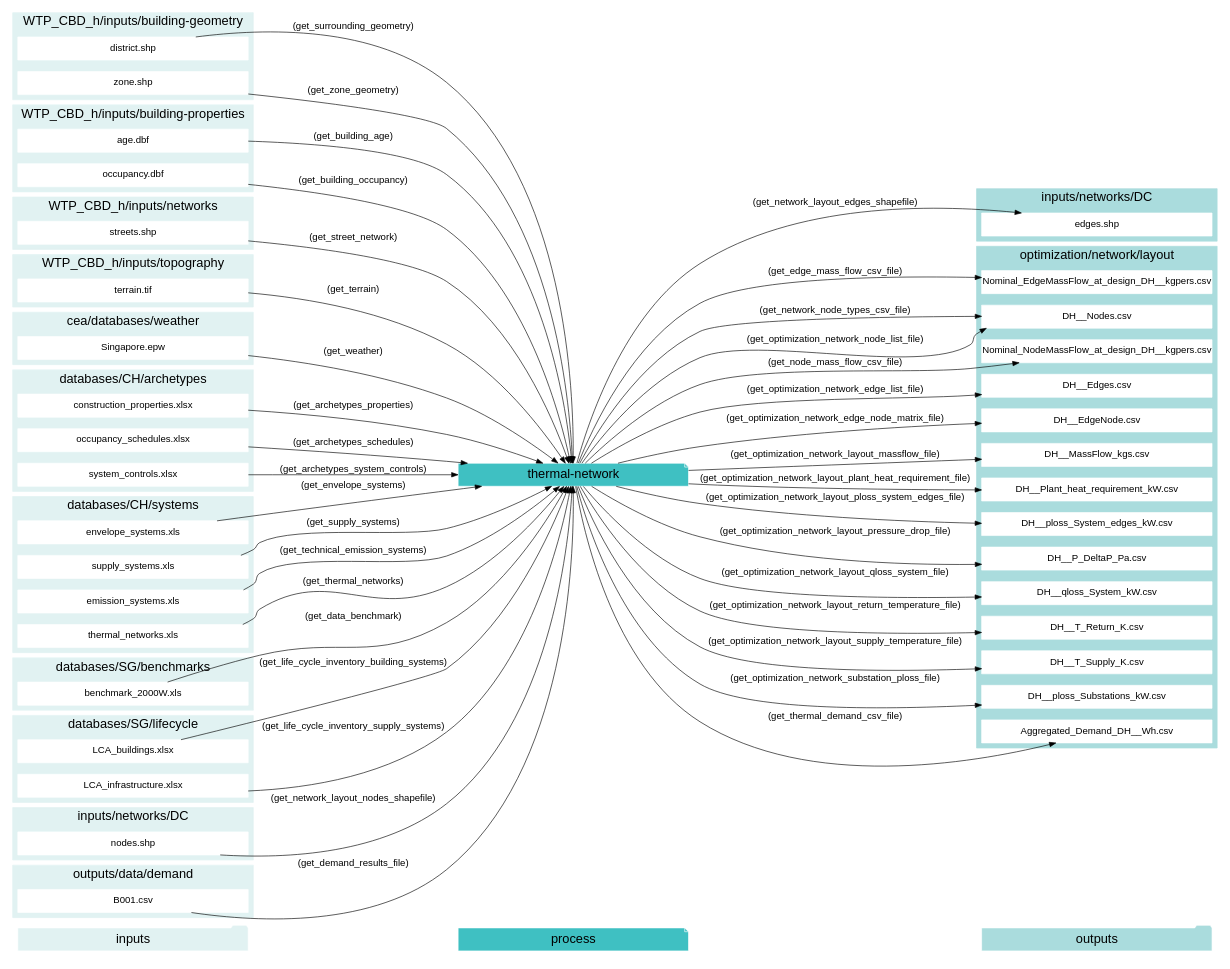
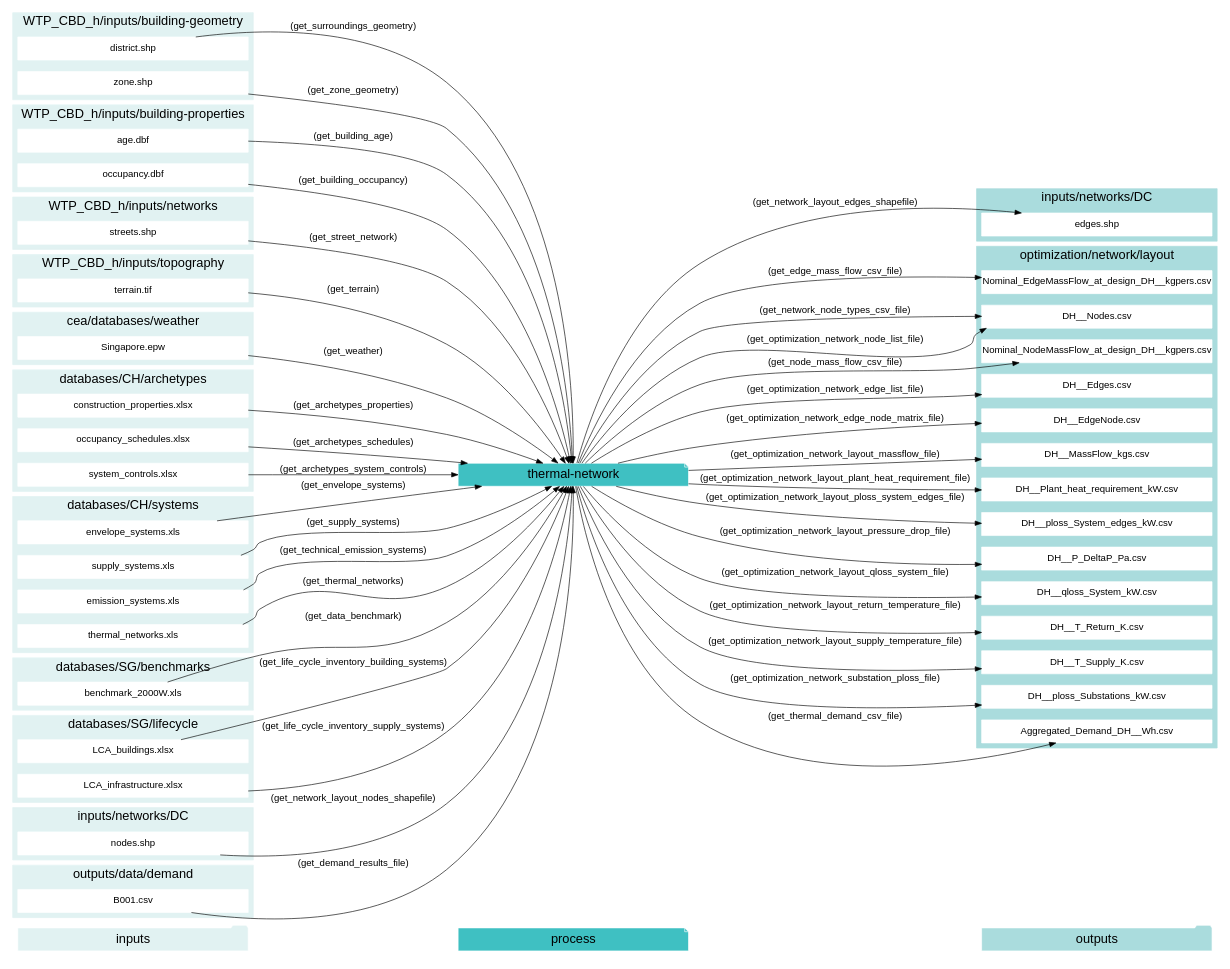
One commit to architecture-building-systems/CityEnergyAnalyst changed the seventh of 12 diagrams in docs/script-data-flow.rst. Above: the diagram before and after it, drawn with Graphviz. The commit also changed other lines of this file and 15 other files, not shown here.

Commit message:
rename get_surrounding_geometry to get_surroungs_geometry

```diff
--- a/docs/script-data-flow.rst
+++ b/docs/script-data-flow.rst
@@ -989,7 +989,7 @@
     "occupancy.dbf" -> "thermal-network"[label="(get_building_occupancy)"]
     "benchmark_2000W.xls" -> "thermal-network"[label="(get_data_benchmark)"]
     "B001.csv" -> "thermal-network"[label="(get_demand_results_file)"]
-    "district.shp" -> "thermal-network"[label="(get_surrounding_geometry)"]
+    "district.shp" -> "thermal-network"[label="(get_surroundings_geometry)"]
     "envelope_systems.xls" -> "thermal-network"[label="(get_envelope_systems)"]
     "LCA_buildings.xlsx" -> "thermal-network"[label="(get_life_cycle_inventory_building_systems)"]
     "LCA_infrastructure.xlsx" -> "thermal-network"[label="(get_life_cycle_inventory_supply_systems)"]
```
